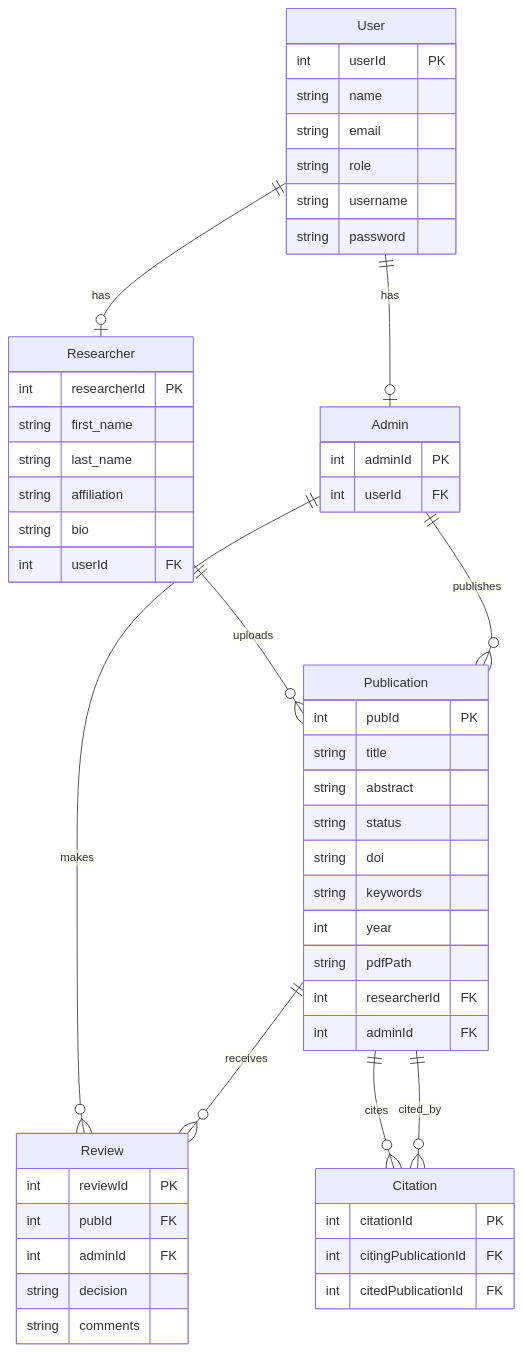
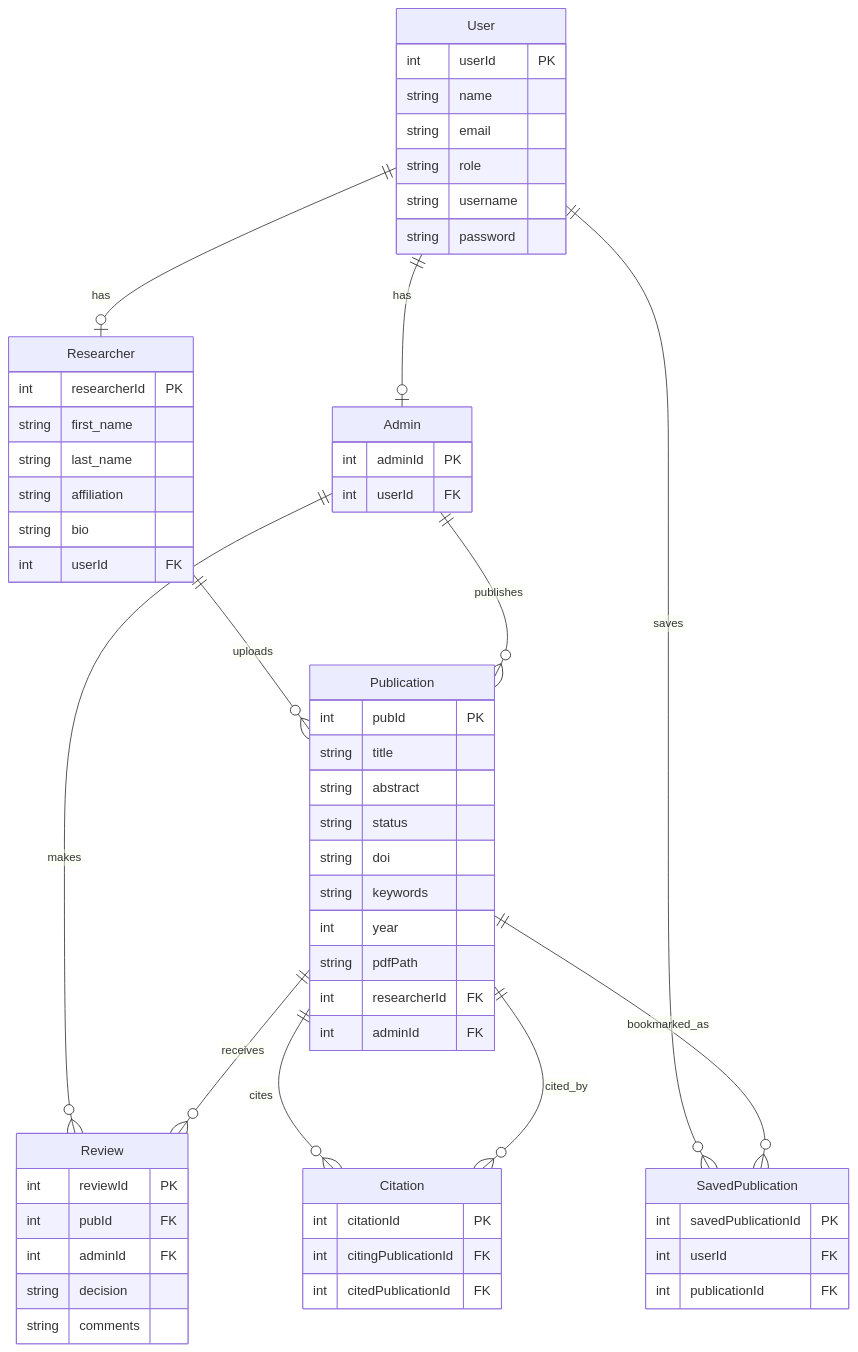
One commit to vala005/TheScholarArchive changed the diagram in docs/report.md. Above: the diagram before and after it, drawn with Mermaid. The commit also changed other lines of this file and 16 other files, not shown here.

````diff
--- a/docs/report.md
+++ b/docs/report.md
@@ -39,61 +39,69 @@
 ```mermaid
 erDiagram
   User ||--o| Researcher : has
   User ||--o| Admin : has
   Researcher ||--o{ Publication : uploads
   Admin ||--o{ Review : makes
   Admin ||--o{ Publication : publishes
   Publication ||--o{ Review : receives
   Publication ||--o{ Citation : cites
   Publication ||--o{ Citation : cited_by
+  User ||--o{ SavedPublication : saves
+  Publication ||--o{ SavedPublication : bookmarked_as
 
   User {
     int userId PK
     string name
     string email
     string role
     string username
     string password
   }
 
   Researcher {
     int researcherId PK
     string first_name
     string last_name
     string affiliation
     string bio
     int userId FK
   }
 
   Admin {
     int adminId PK
     int userId FK
   }
 
   Publication {
     int pubId PK
     string title
     string abstract
     string status
     string doi
     string keywords
     int year
     string pdfPath
     int researcherId FK
     int adminId FK
   }
 
   Citation {
     int citationId PK
     int citingPublicationId FK
     int citedPublicationId FK
   }
 
+  SavedPublication {
+    int savedPublicationId PK
+    int userId FK
+    int publicationId FK
+  }
+
   Review {
     int reviewId PK
     int pubId FK
     int adminId FK
     string decision
     string comments
   }
 ```
````
